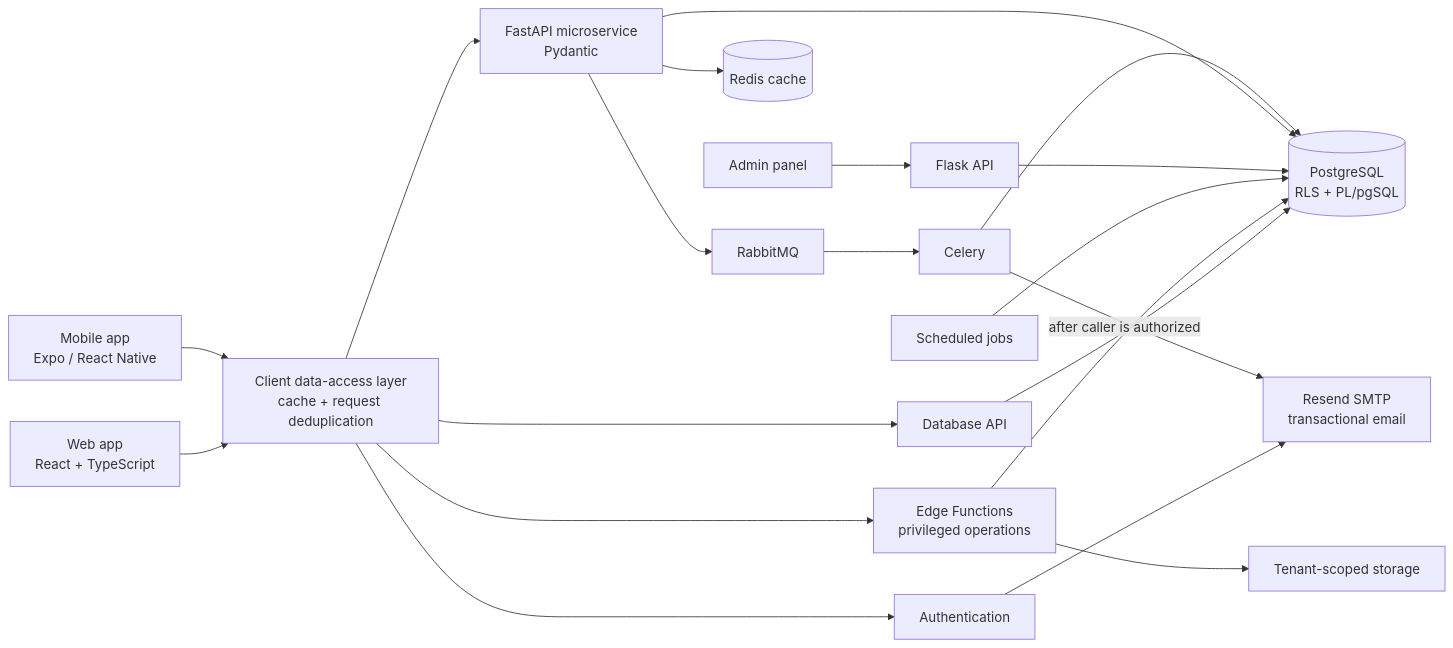
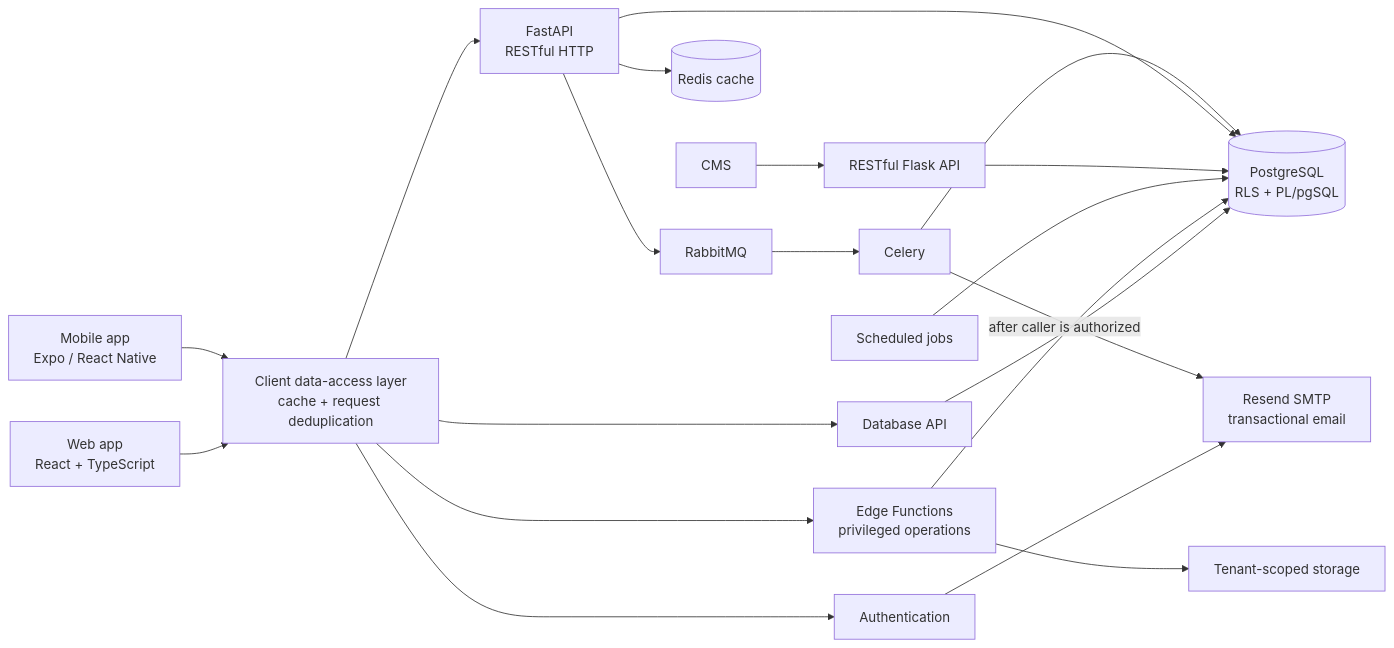
One commit to yunus-emre-mert/Portfolio changed the sixth of 10 diagrams in projects/2026/saas/clinovatech-platform/README.md. Above: the diagram before and after it, drawn with Mermaid. The commit also changed other lines of this file and 5 other files, not shown here.

````diff
--- a/projects/2026/saas/clinovatech-platform/README.md
+++ b/projects/2026/saas/clinovatech-platform/README.md
@@ -279,22 +278,22 @@
 ```mermaid
 flowchart LR
     Web[Web app<br/>React + TypeScript] --> DAL[Client data-access layer<br/>cache + request deduplication]
     Mobile[Mobile app<br/>Expo / React Native] --> DAL
     DAL --> Auth[Authentication]
     DAL --> API[Database API]
     DAL --> Edge[Edge Functions<br/>privileged operations]
     API --> DB[(PostgreSQL<br/>RLS + PL/pgSQL)]
     Edge -->|after caller is authorized| DB
     Edge --> Storage[Tenant-scoped storage]
     Jobs[Scheduled jobs] --> DB
-    Admin[Admin panel] --> Flask[Flask API]
+    Admin[CMS] --> Flask[RESTful Flask API]
     Flask --> DB
     Auth --> Mail[Resend SMTP<br/>transactional email]
-    DAL --> Svc["FastAPI microservice<br/>Pydantic"]
+    DAL --> Svc["FastAPI<br/>RESTful HTTP"]
     Svc --> Redis[(Redis cache)]
     Svc --> DB
     Svc --> Queue[RabbitMQ]
     Queue --> Worker[Celery]
     Worker --> DB
     Worker --> Mail
 ```
````
